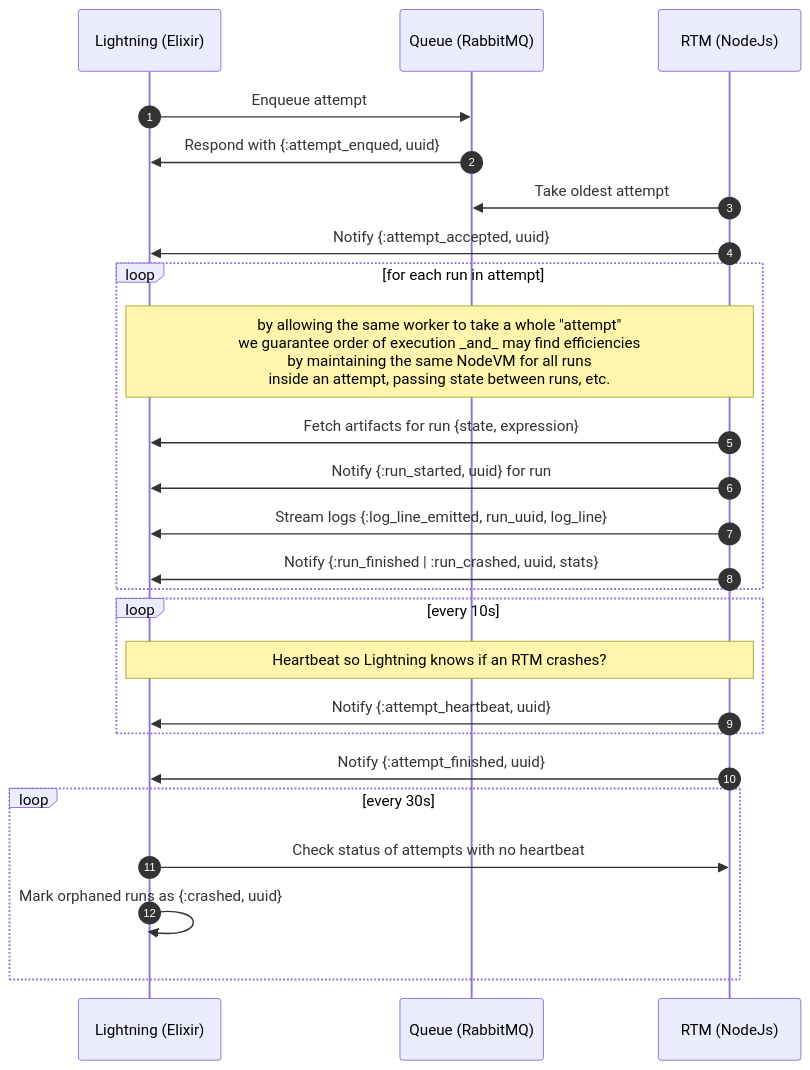
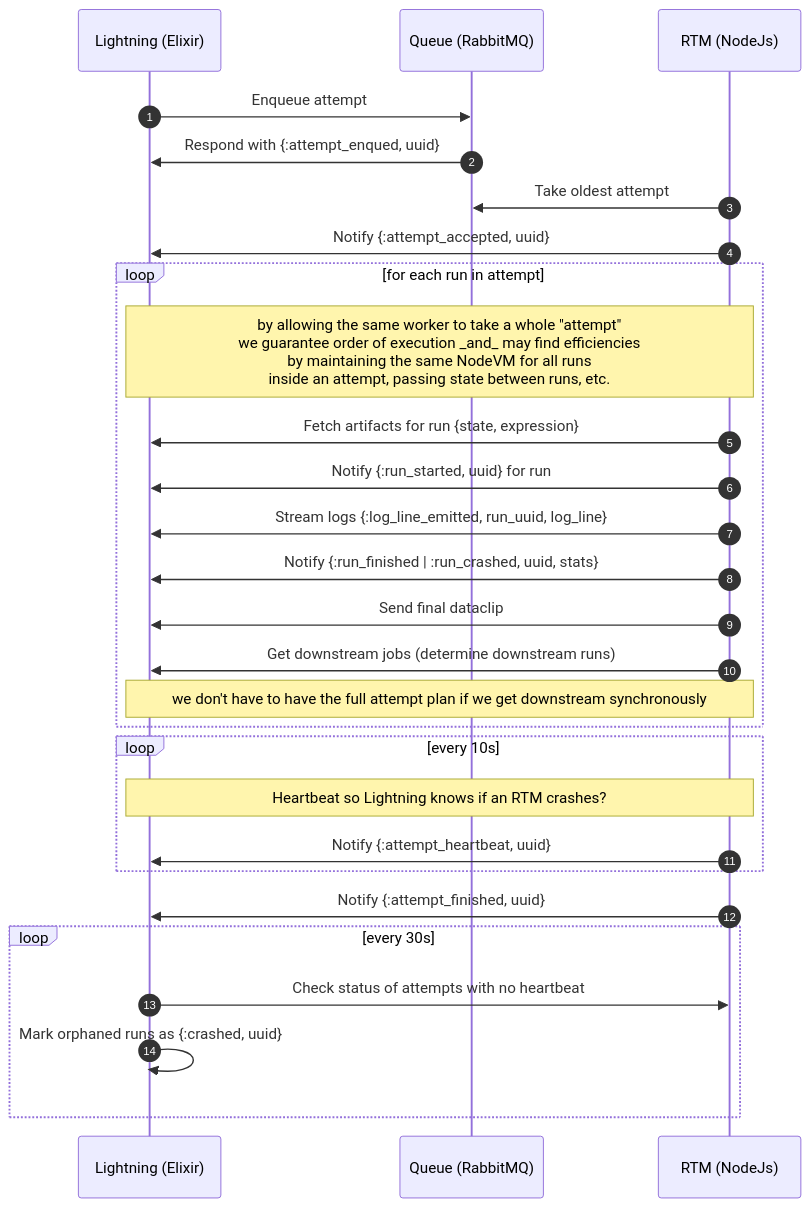
Before and after one commit to OpenFn/lightning: the diagram in web-queue-worker.md, drawn with Mermaid. The commit also changed other lines of this file, not shown here.

````diff
--- a/web-queue-worker.md
+++ b/web-queue-worker.md
@@ -5,27 +10,30 @@
 ```mermaid
 sequenceDiagram
 autonumber
     participant L as Lightning (Elixir)
     participant Q as Queue (RabbitMQ)
     participant R as RTM (NodeJs)
     L->>Q: Enqueue attempt
     Q->>L: Respond with {:attempt_enqued, uuid}
     R->>Q: Take oldest attempt
     R->>L: Notify {:attempt_accepted, uuid}
     loop for each run in attempt
     Note over L,R: by allowing the same worker to take a whole "attempt" <br> we guarantee order of execution _and_ may find efficiencies <br> by maintaining the same NodeVM for all runs <br> inside an attempt, passing state between runs, etc.
     R->>L: Fetch artifacts for run {state, expression}
     R->>L: Notify {:run_started, uuid} for run
     R->>L: Stream logs {:log_line_emitted, run_uuid, log_line}
     R->>L: Notify {:run_finished | :run_crashed, uuid, stats}
+    R->>L: Send final dataclip
+    R->>L: Get downstream jobs (determine downstream runs)
+    Note over R,L: we don't have to have the full attempt plan if we get downstream synchronously
     end
     loop every 10s
     Note over R,L: Heartbeat so Lightning knows if an RTM crashes?
     R->>L: Notify {:attempt_heartbeat, uuid}
     end
     R->>L: Notify {:attempt_finished, uuid}
     loop every 30s
     L->>R: Check status of attempts with no heartbeat
     L->>L: Mark orphaned runs as {:crashed, uuid}
     end
 ```
````
